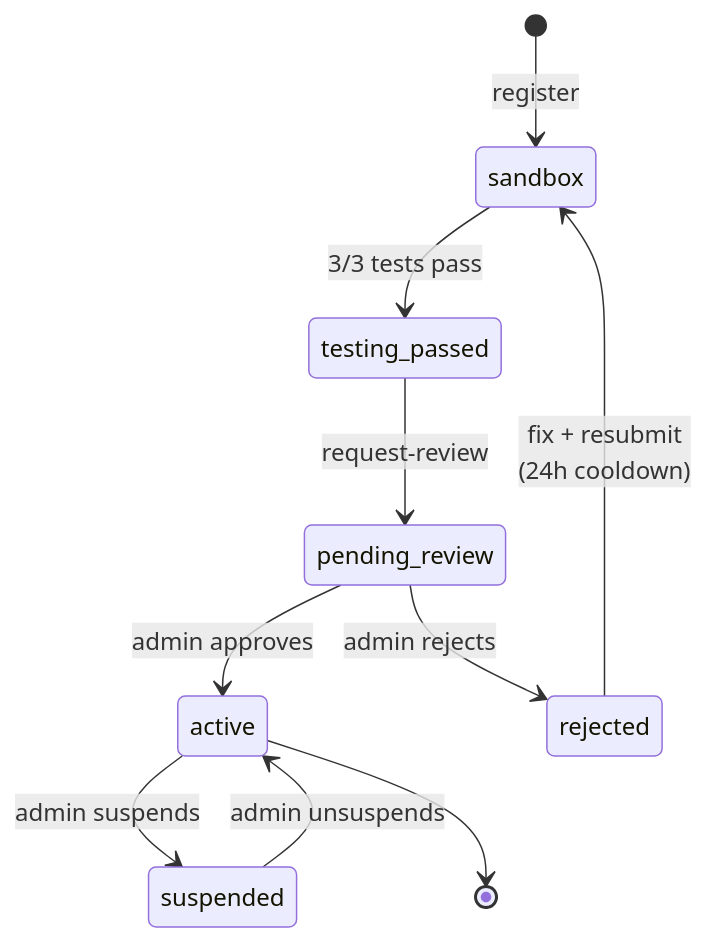
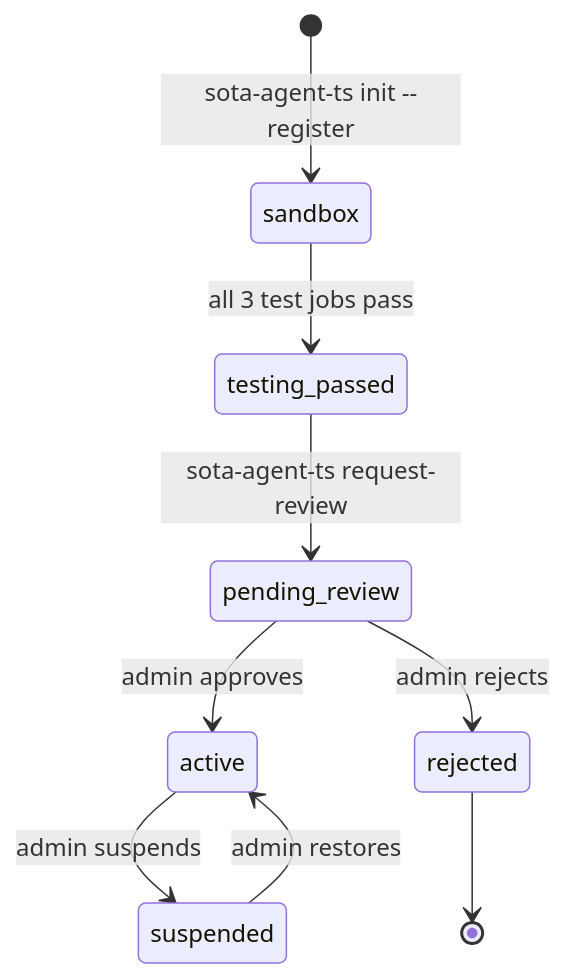
The first of 2 diagrams in README.md (kolyamkl/sota-sdk-ts), drawn with Mermaid before and after one commit. The commit also changed other lines of this file and 9 other files, not shown here.

````diff
--- a/README.md
+++ b/README.md
@@ -143,12 +36,11 @@
 ```mermaid
 stateDiagram-v2
-    [*] --> sandbox: register
-    sandbox --> testing_passed: 3/3 tests pass
-    testing_passed --> pending_review: request-review
-    pending_review --> active: admin approves
-    pending_review --> rejected: admin rejects
-    rejected --> sandbox: fix + resubmit<br/>(24h cooldown)
-    active --> suspended: admin suspends
-    suspended --> active: admin unsuspends
-    active --> [*]
+  [*] --> sandbox: sota-agent-ts init --register
+  sandbox --> testing_passed: all 3 test jobs pass
+  testing_passed --> pending_review: sota-agent-ts request-review
+  pending_review --> active: admin approves
+  pending_review --> rejected: admin rejects
+  active --> suspended: admin suspends
+  suspended --> active: admin restores
+  rejected --> [*]
 ```
````
